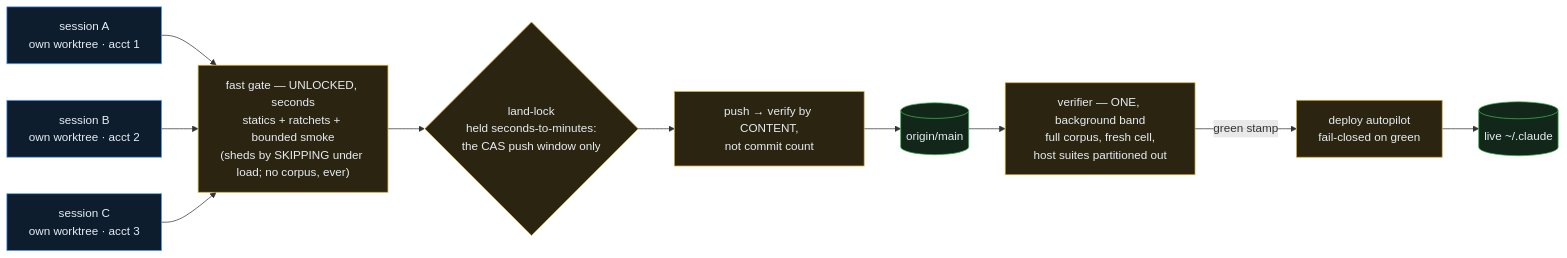
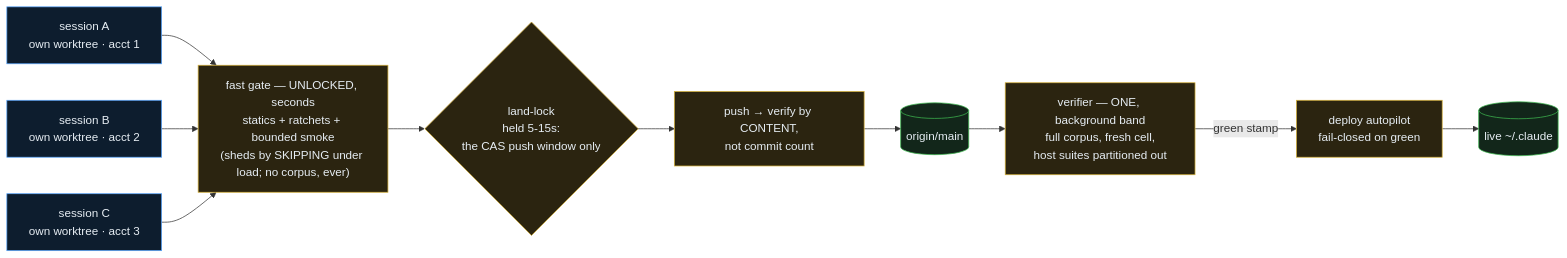
The second of 5 diagrams in README.md (renchris/claude-infrastructure), drawn with Mermaid before and after one commit. The commit also changed other lines of this file and 12 other files, not shown here.

````diff
--- a/README.md
+++ b/README.md
@@ -145,19 +146,19 @@
 ```mermaid
 flowchart LR
     A["session A<br/>own worktree · acct 1"] --> G
     B["session B<br/>own worktree · acct 2"] --> G
     C["session C<br/>own worktree · acct 3"] --> G
     G["fast gate — UNLOCKED, seconds<br/>statics + ratchets + bounded smoke<br/>(sheds by SKIPPING under load; no corpus, ever)"]
-    G --> Lock{"land-lock<br/>held seconds-to-minutes:<br/>the CAS push window only"}
+    G --> Lock{"land-lock<br/>held 5-15s:<br/>the CAS push window only"}
     Lock --> Push["push → verify by CONTENT,<br/>not commit count"]
     Push --> Trunk[("origin/main")]
     Trunk --> V["verifier — ONE, background band<br/>full corpus, fresh cell,<br/>host suites partitioned out"]
     V -->|"green stamp"| D["deploy autopilot<br/>fail-closed on green"]
     D --> Live[("live ~/.claude")]
     classDef w fill:#0d1d2e,stroke:#58a6ff,color:#e6edf3
     classDef k fill:#2b2410,stroke:#d4af37,color:#e6edf3
     classDef t fill:#12261a,stroke:#3fb950,color:#e6edf3
     class A,B,C w
     class G,Lock,Push,V,D k
     class Trunk,Live t
 ```
````
